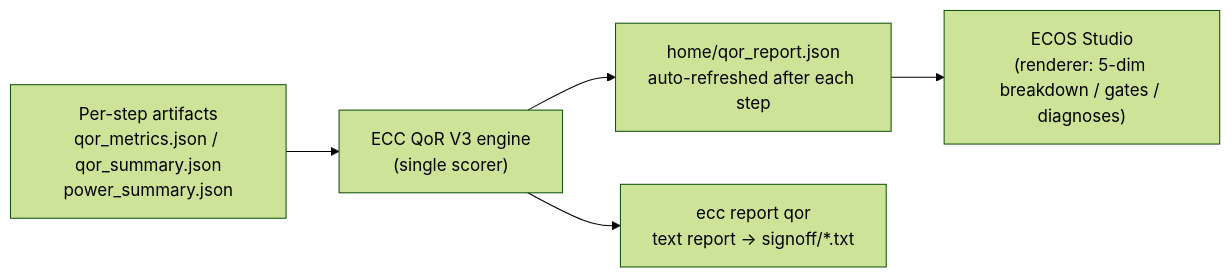
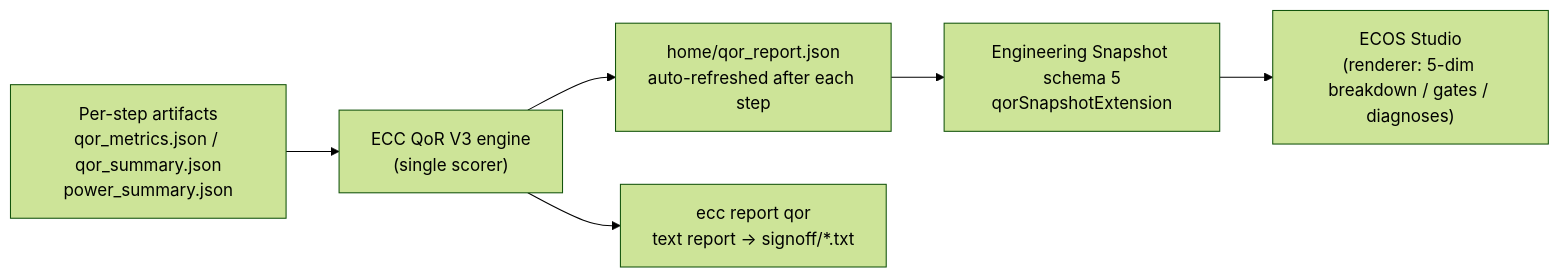
Before and after one commit to openecos-projects/ecc: the diagram in chipcompiler/docs/ecc-qor-ref.en.md, drawn with Mermaid (forest theme). The commit also changed other lines of this file and 21 other files, not shown here.

Commit message:
refactor(snapshot): project bounded QOR data

````diff
--- a/chipcompiler/docs/ecc-qor-ref.en.md
+++ b/chipcompiler/docs/ecc-qor-ref.en.md
@@ -11,7 +15,8 @@
 ```mermaid
 graph LR
     A["Per-step artifacts<br/>qor_metrics.json / qor_summary.json<br/>power_summary.json"] --> B["ECC QoR V3 engine<br/>(single scorer)"]
     B --> C["home/qor_report.json<br/>auto-refreshed after each step"]
-    C --> D["ECOS Studio<br/>(renderer: 5-dim breakdown / gates / diagnoses)"]
+    C --> S["Engineering Snapshot schema 5<br/>qorSnapshotExtension"]
+    S --> D["ECOS Studio<br/>(renderer: 5-dim breakdown / gates / diagnoses)"]
     B --> E["ecc report qor<br/>text report → signoff/*.txt"]
 ```
````
